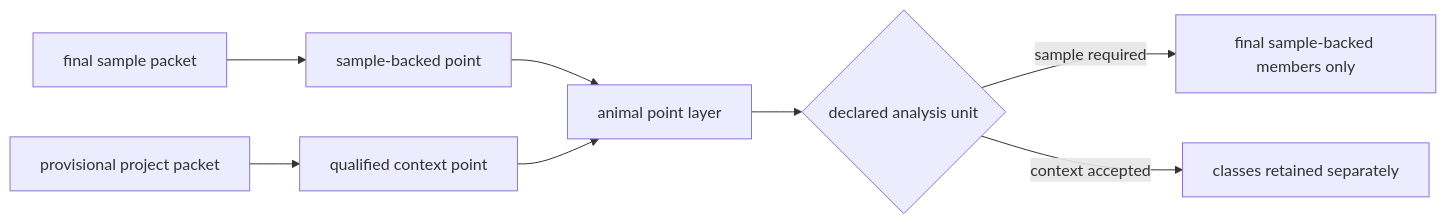
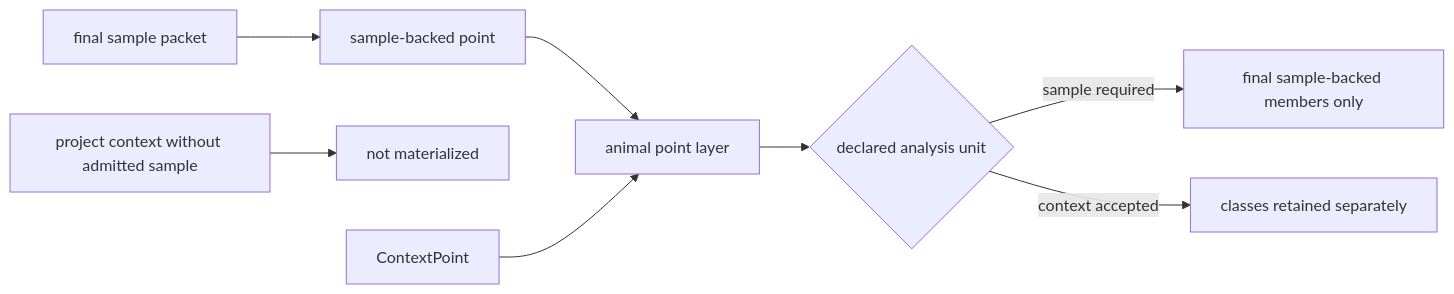
One commit to bijux/bijux-pollenomics changed the second of 4 diagrams in docs/public/pollenomics-data/publications/point-rules.md. Above: the diagram before and after it, drawn with Mermaid. The commit also changed other lines of this file and 26 other files, not shown here.

````diff
--- a/docs/public/pollenomics-data/publications/point-rules.md
+++ b/docs/public/pollenomics-data/publications/point-rules.md
@@ -112,10 +114,10 @@
 ```mermaid
 flowchart LR
     Direkli["final sample packet"] --> SamplePoint["sample-backed point"]
-    Wadi["provisional project packet"] --> ContextPoint["qualified context point"]
+    Wadi["project context without admitted sample"] --> Excluded["not materialized"]
     SamplePoint --> Layer["animal point layer"]
     ContextPoint --> Layer
     Layer --> Analysis{"declared analysis unit"}
     Analysis -->|sample required| SamplesOnly["final sample-backed members only"]
     Analysis -->|context accepted| DeclaredMix["classes retained separately"]
 ```
````
